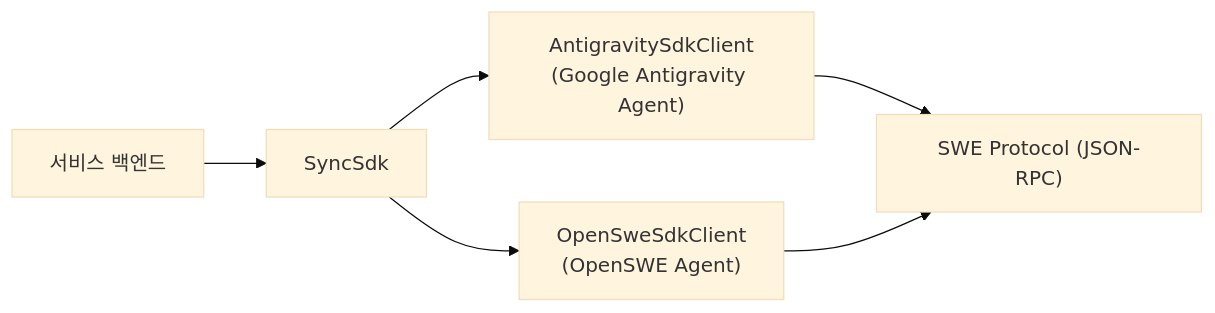
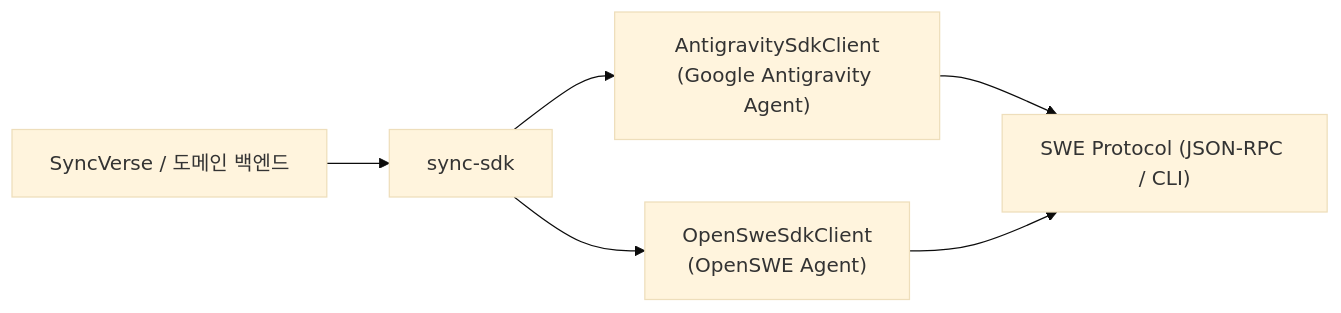
One commit to DramaticCollaboration/doc.github.io changed the second of 2 diagrams in ko/ecosystem/shared-modules-and-sdk.md. Above: the diagram before and after it, drawn with Mermaid (base theme). The commit also changed other lines of this file and 49 other files, not shown here.

````diff
--- a/ko/ecosystem/shared-modules-and-sdk.md
+++ b/ko/ecosystem/shared-modules-and-sdk.md
@@ -82,9 +74,9 @@
 ```mermaid
 graph LR
-    App["서비스 백엔드"] --> Sdk["SyncSdk"]
+    App["SyncVerse / 도메인 백엔드"] --> Sdk["sync-sdk"]
     Sdk --> Antigravity["AntigravitySdkClient\n(Google Antigravity Agent)"]
     Sdk --> OpenSwe["OpenSweSdkClient\n(OpenSWE Agent)"]
     
-    Antigravity --> SWE["SWE Protocol (JSON-RPC)"]
+    Antigravity --> SWE["SWE Protocol (JSON-RPC / CLI)"]
     OpenSwe --> SWE
 ```
````
